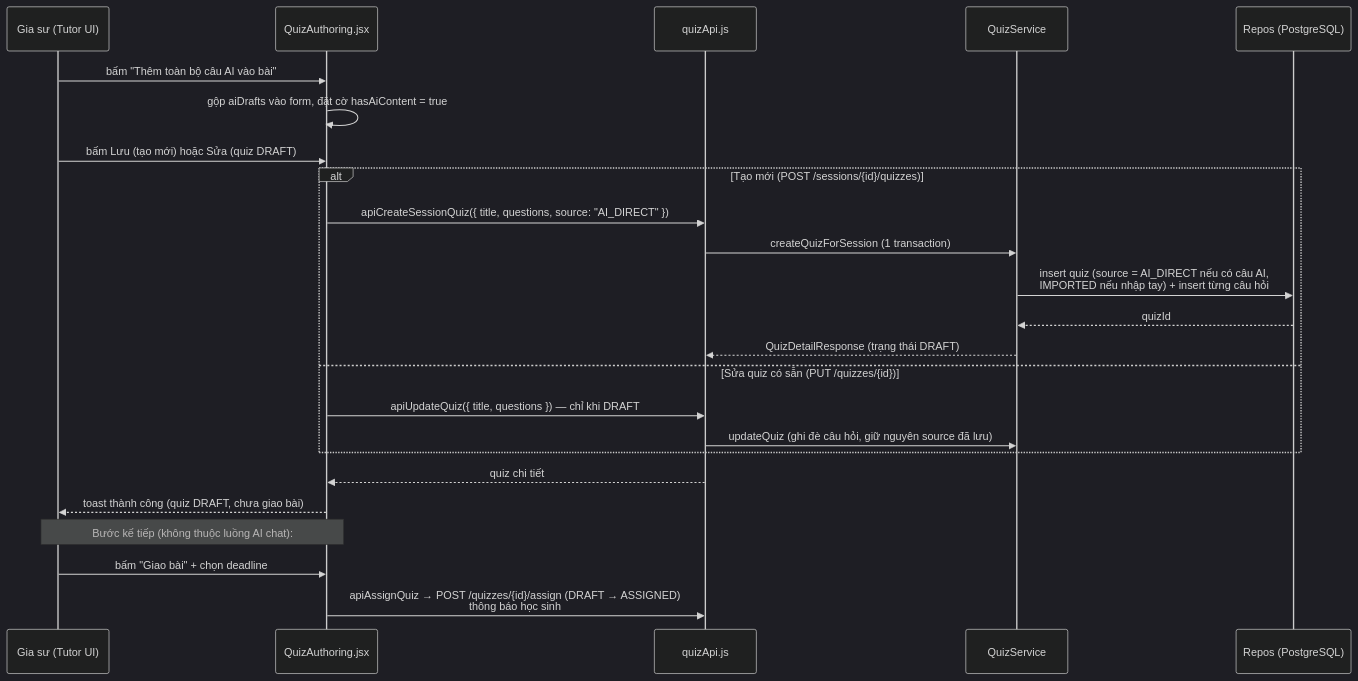
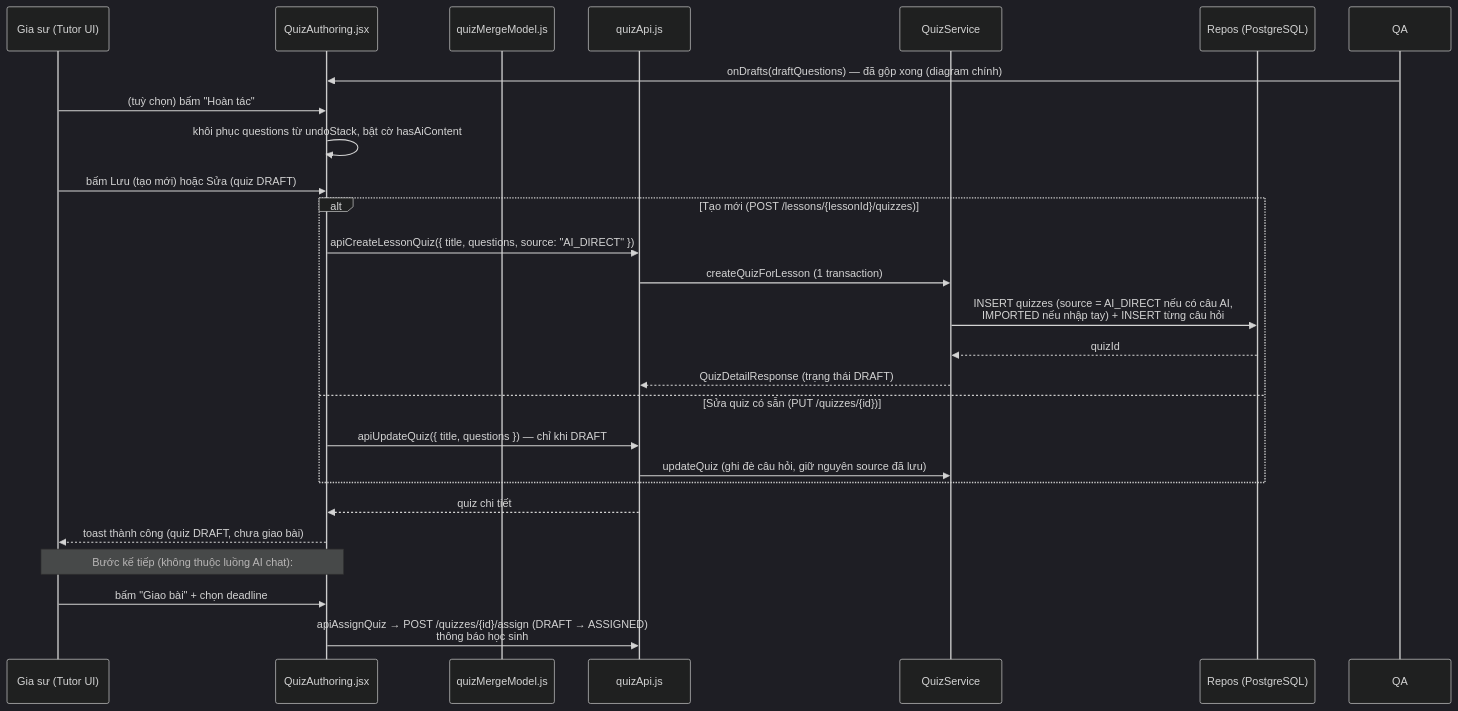
The second of 2 diagrams in docs/project/diagrams/quiz-ai-authoring.md (quangnguyenviet/English-tutor-platform-final-project-2026), drawn with Mermaid (dark theme) before and after one commit. The commit also changed other lines of this file, not shown here.

Commit message:
docs: cập nhật sequence diagram quiz AI (gộp tự động, pendingQuestions, đường V16)

````diff
--- a/docs/project/diagrams/quiz-ai-authoring.md
+++ b/docs/project/diagrams/quiz-ai-authoring.md
@@ -86,28 +97,31 @@
 ```mermaid
 sequenceDiagram
     participant T as Gia sư (Tutor UI)
     participant QP as QuizAuthoring.jsx
+    participant MM as quizMergeModel.js
     participant API as quizApi.js
     participant QS as QuizService
     participant REPO as Repos (PostgreSQL)
 
-    T->>QP: bấm "Thêm toàn bộ câu AI vào bài"
-    QP->>QP: gộp aiDrafts vào form, đặt cờ hasAiContent = true
+    QA->>QP: onDrafts(draftQuestions) — đã gộp xong (diagram chính)
+    T->>QP: (tuỳ chọn) bấm "Hoàn tác"
+    QP->>QP: khôi phục questions từ undoStack, bật cờ hasAiContent
+
     T->>QP: bấm Lưu (tạo mới) hoặc Sửa (quiz DRAFT)
-    alt Tạo mới (POST /sessions/{id}/quizzes)
-        QP->>API: apiCreateSessionQuiz({ title, questions, source: "AI_DIRECT" })
-        API->>QS: createQuizForSession (1 transaction)
-        QS->>REPO: insert quiz (source = AI_DIRECT nếu có câu AI,<br/>IMPORTED nếu nhập tay) + insert từng câu hỏi
+    alt Tạo mới (POST /lessons/{lessonId}/quizzes)
+        QP->>API: apiCreateLessonQuiz({ title, questions, source: "AI_DIRECT" })
+        API->>QS: createQuizForLesson (1 transaction)
+        QS->>REPO: INSERT quizzes (source = AI_DIRECT nếu có câu AI,<br/>IMPORTED nếu nhập tay) + INSERT từng câu hỏi
         REPO-->>QS: quizId
         QS-->>API: QuizDetailResponse (trạng thái DRAFT)
     else Sửa quiz có sẵn (PUT /quizzes/{id})
         QP->>API: apiUpdateQuiz({ title, questions }) — chỉ khi DRAFT
         API->>QS: updateQuiz (ghi đè câu hỏi, giữ nguyên source đã lưu)
     end
     API-->>QP: quiz chi tiết
     QP-->>T: toast thành công (quiz DRAFT, chưa giao bài)
 
     Note over T,QP: Bước kế tiếp (không thuộc luồng AI chat):
     T->>QP: bấm "Giao bài" + chọn deadline
     QP->>API: apiAssignQuiz → POST /quizzes/{id}/assign (DRAFT → ASSIGNED)<br/>thông báo học sinh
 ```
````
